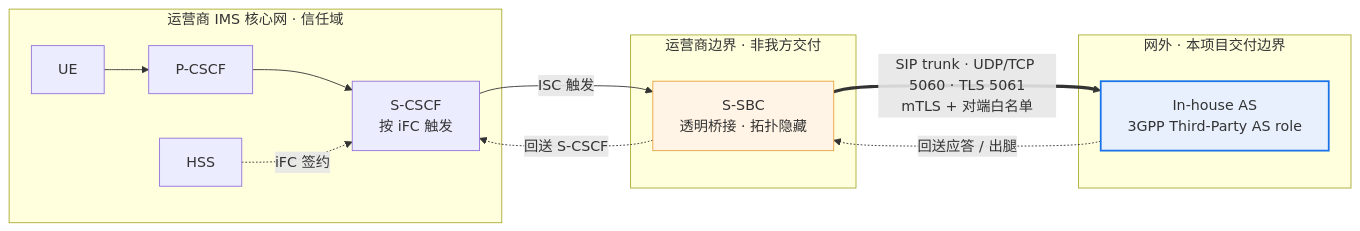
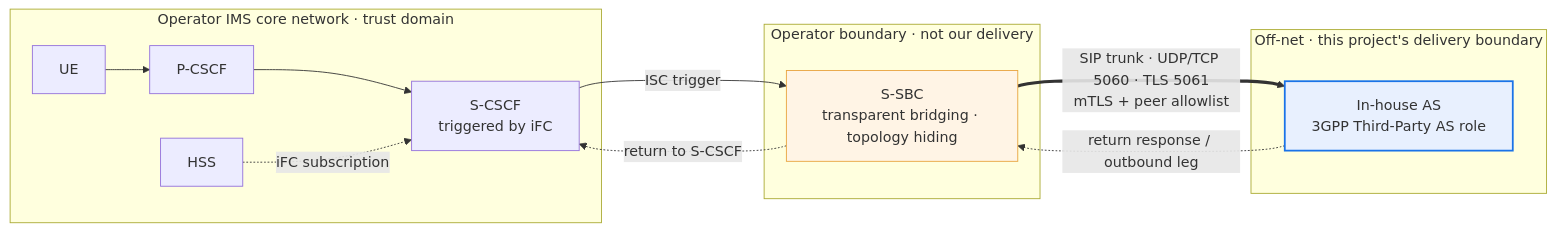
One commit to dolanshu/inhouse-ims-as changed the first of 2 diagrams in docs/product/one-pager.md. Above: the diagram before and after it, drawn with Mermaid. The commit also changed other lines of this file and 12 other files, not shown here.

````diff
--- a/docs/product/one-pager.md
+++ b/docs/product/one-pager.md
@@ -54,19 +54,19 @@
 ```mermaid
 flowchart LR
-    subgraph IMS["运营商 IMS 核心网 · 信任域"]
-        UE["UE"] --> PCSCF["P-CSCF"] --> SCSCF["S-CSCF<br/>按 iFC 触发"]
-        HSS["HSS"] -. "iFC 签约" .-> SCSCF
+    subgraph IMS["Operator IMS core network · trust domain"]
+        UE["UE"] --> PCSCF["P-CSCF"] --> SCSCF["S-CSCF<br/>triggered by iFC"]
+        HSS["HSS"] -. "iFC subscription" .-> SCSCF
     end
-    subgraph EDGE["运营商边界 · 非我方交付"]
-        SSBC["S-SBC<br/>透明桥接 · 拓扑隐藏"]
+    subgraph EDGE["Operator boundary · not our delivery"]
+        SSBC["S-SBC<br/>transparent bridging · topology hiding"]
     end
-    subgraph EXT["网外 · 本项目交付边界"]
+    subgraph EXT["Off-net · this project's delivery boundary"]
         AS["In-house AS<br/>3GPP Third-Party AS role"]
     end
-    SCSCF -->|"ISC 触发"| SSBC
-    SSBC ==>|"SIP trunk · UDP/TCP 5060 · TLS 5061<br/>mTLS + 对端白名单"| AS
-    AS -.->|"回送应答 / 出腿"| SSBC
-    SSBC -.->|"回送 S-CSCF"| SCSCF
+    SCSCF -->|"ISC trigger"| SSBC
+    SSBC ==>|"SIP trunk · UDP/TCP 5060 · TLS 5061<br/>mTLS + peer allowlist"| AS
+    AS -.->|"return response / outbound leg"| SSBC
+    SSBC -.->|"return to S-CSCF"| SCSCF
     style AS fill:#e8f0fe,stroke:#1a73e8,stroke-width:2px
     style SSBC fill:#fff4e5,stroke:#e8a33d
 ```
````
